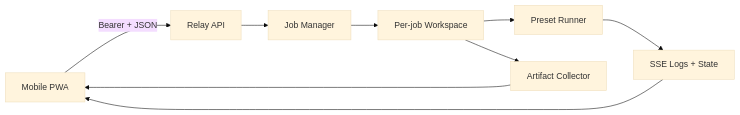
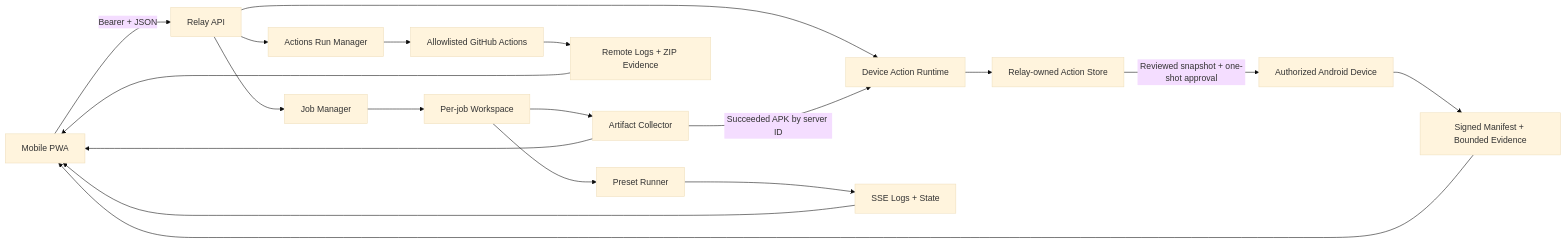
The first of 2 diagrams in docs/ARCHITECTURE.md (sheryloe/pocketforge-relay), drawn with Mermaid (base theme) before and after one commit. The commit also changed other lines of this file and 57 other files, not shown here.

First line of the commit message:
feat: add multilingual reviewed evidence workflows (#1)

````diff
--- a/docs/ARCHITECTURE.md
+++ b/docs/ARCHITECTURE.md
@@ -5,11 +5,21 @@
 ```mermaid
 flowchart LR
   PWA[Mobile PWA] -->|Bearer + JSON| API[Relay API]
   API --> JM[Job Manager]
+  API --> ARM[Actions Run Manager]
+  API --> DAR[Device Action Runtime]
   JM --> WS[Per-job Workspace]
   WS --> PR[Preset Runner]
+  ARM --> GHA[Allowlisted GitHub Actions]
+  GHA --> REV[Remote Logs + ZIP Evidence]
   PR --> EV[SSE Logs + State]
   WS --> ART[Artifact Collector]
+  ART -->|Succeeded APK by server ID| DAR
+  DAR --> AS[Relay-owned Action Store]
+  AS -->|Reviewed snapshot + one-shot approval| ADB[Authorized Android Device]
+  ADB --> DEV[Signed Manifest + Bounded Evidence]
   EV --> PWA
   ART --> PWA
+  REV --> PWA
+  DEV --> PWA
 ```
````
